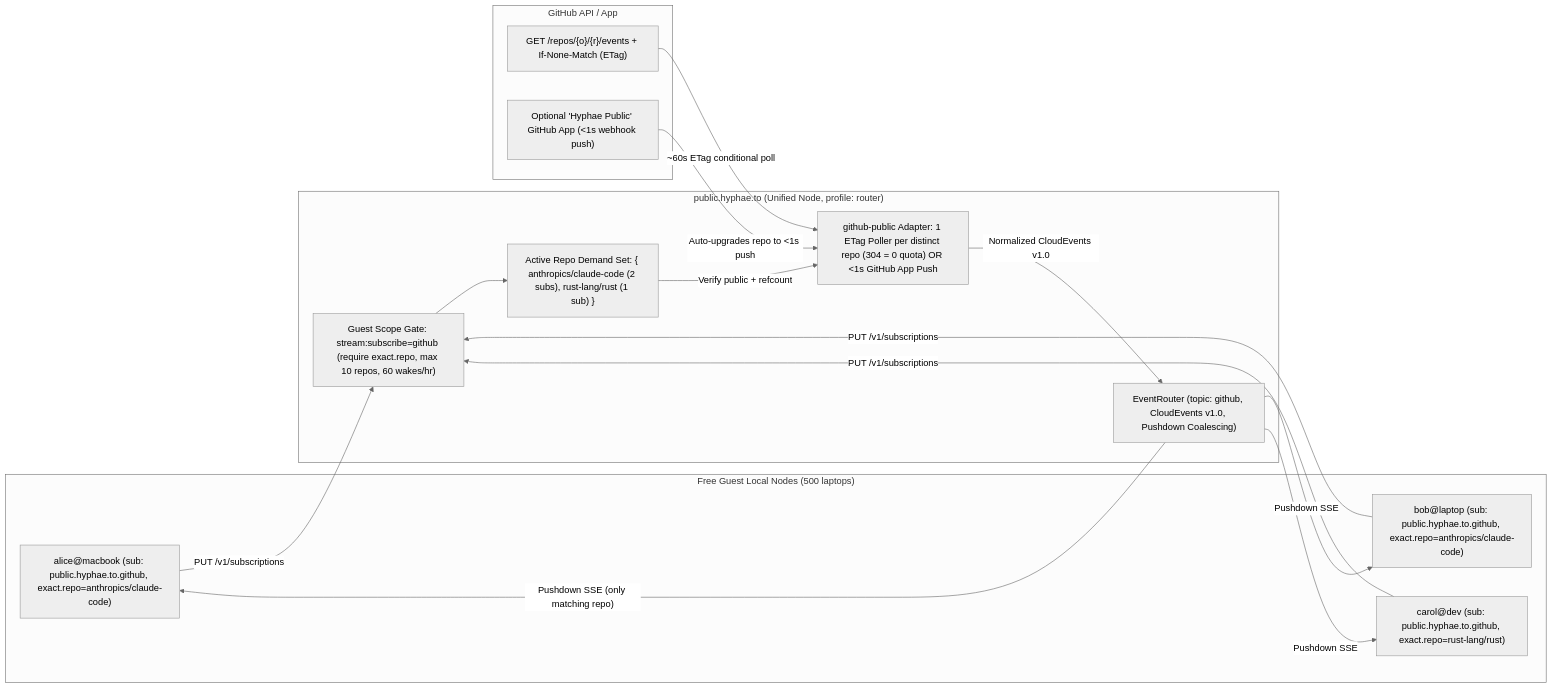
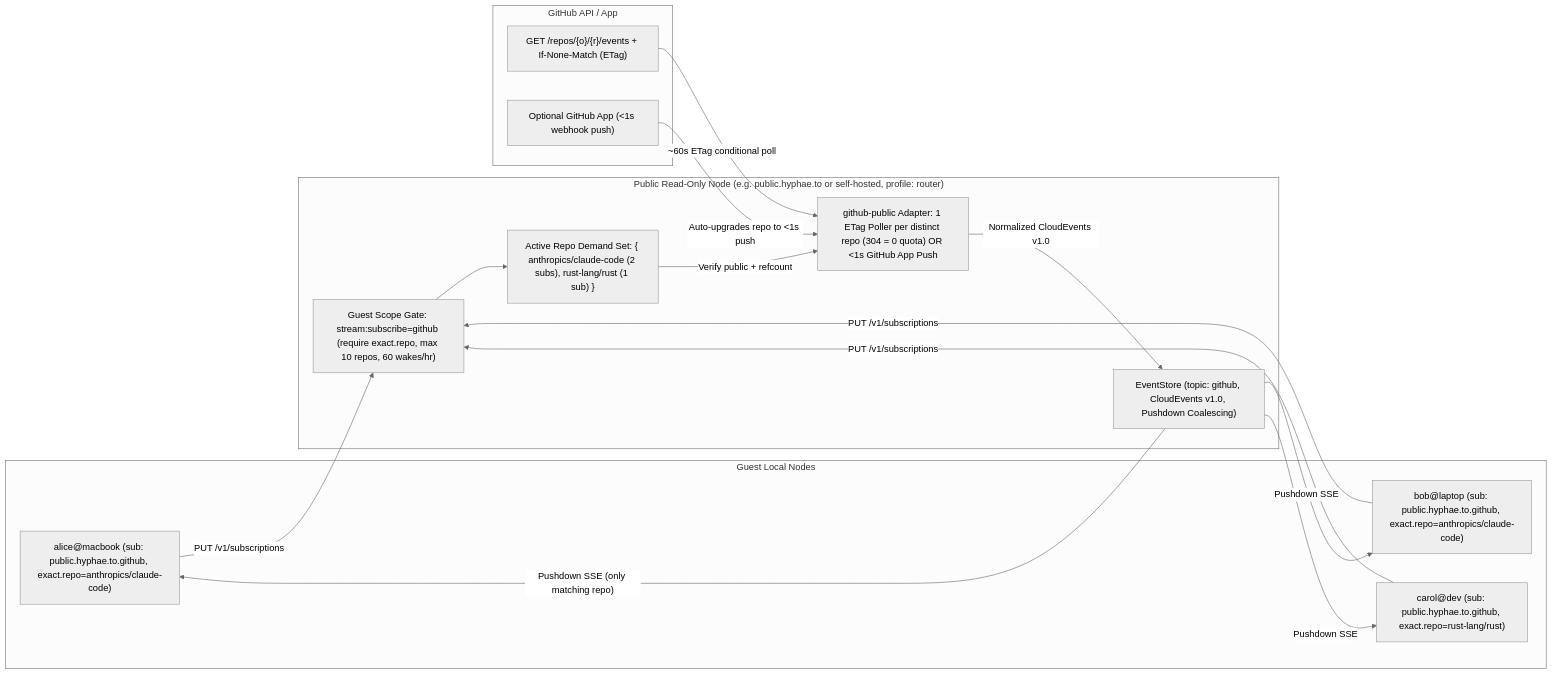
The second of 5 diagrams in docs/architecture-v2.md (hyphae-to/hyp), drawn with Mermaid (neutral theme) before and after one commit. The commit also changed other lines of this file and 11 other files, not shown here.

````diff
--- a/docs/architecture-v2.md
+++ b/docs/architecture-v2.md
@@ -193,32 +149,32 @@
 ```mermaid
 flowchart LR
-  subgraph Clients["Free Guest Local Nodes (500 laptops)"]
+  subgraph Clients["Guest Local Nodes"]
     A["alice@macbook (sub: public.hyphae.to.github, exact.repo=anthropics/claude-code)"]
     B["bob@laptop (sub: public.hyphae.to.github, exact.repo=anthropics/claude-code)"]
     C["carol@dev (sub: public.hyphae.to.github, exact.repo=rust-lang/rust)"]
   end
 
-  subgraph PublicHub["public.hyphae.to (Unified Node, profile: router)"]
+  subgraph PublicHub["Public Read-Only Node (e.g. public.hyphae.to or self-hosted, profile: router)"]
     Scope["Guest Scope Gate: stream:subscribe=github (require exact.repo, max 10 repos, 60 wakes/hr)"]
     SubReg["Active Repo Demand Set: { anthropics/claude-code (2 subs), rust-lang/rust (1 sub) }"]
     Poller["github-public Adapter: 1 ETag Poller per distinct repo (304 = 0 quota) OR <1s GitHub App Push"]
-    EvBus["EventRouter (topic: github, CloudEvents v1.0, Pushdown Coalescing)"]
+    EvBus["EventStore (topic: github, CloudEvents v1.0, Pushdown Coalescing)"]
   end
 
   subgraph GitHub["GitHub API / App"]
     Rest["GET /repos/{o}/{r}/events + If-None-Match (ETag)"]
-    App["Optional 'Hyphae Public' GitHub App (<1s webhook push)"]
+    App["Optional GitHub App (<1s webhook push)"]
   end
 
   A -->|"PUT /v1/subscriptions"| Scope
   B -->|"PUT /v1/subscriptions"| Scope
   C -->|"PUT /v1/subscriptions"| Scope
   Scope --> SubReg
   SubReg -->|"Verify public + refcount"| Poller
   Rest -->|"~60s ETag conditional poll"| Poller
   App -->|"Auto-upgrades repo to <1s push"| Poller
   Poller -->|"Normalized CloudEvents v1.0"| EvBus
   EvBus -->|"Pushdown SSE (only matching repo)"| A
   EvBus -->|"Pushdown SSE"| B
   EvBus -->|"Pushdown SSE"| C
 ```
````
